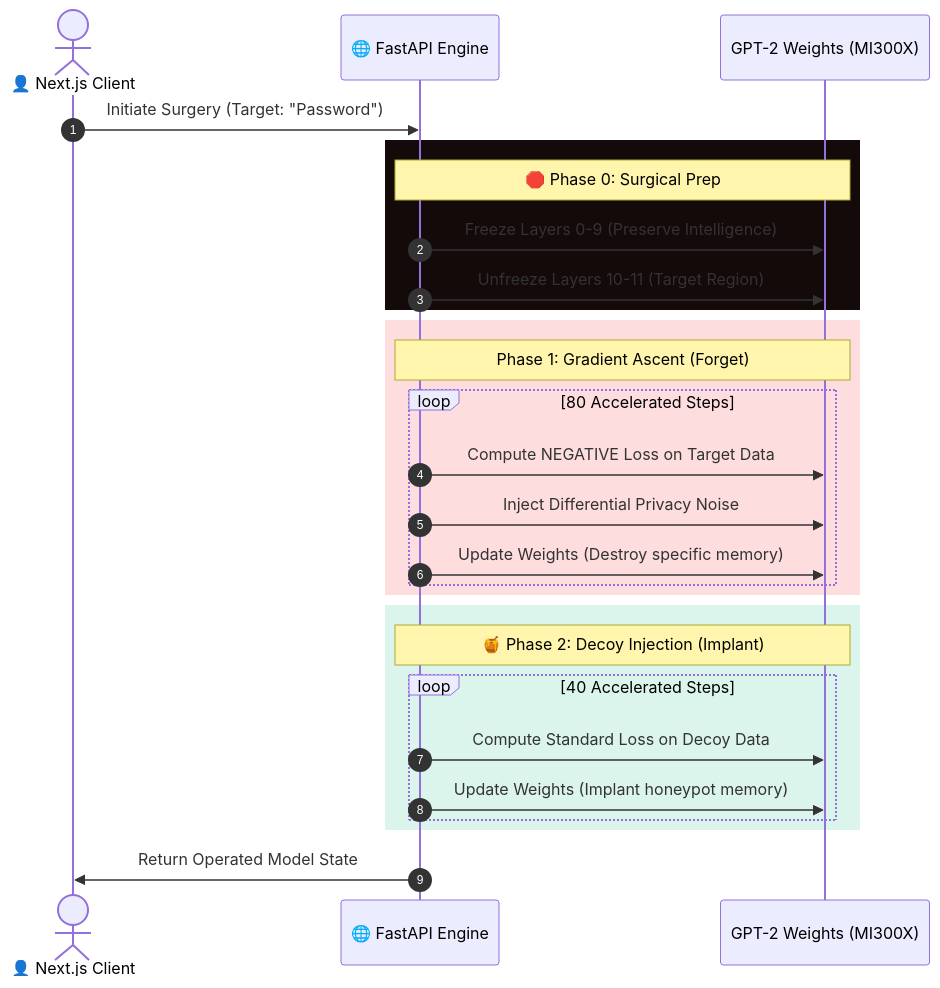
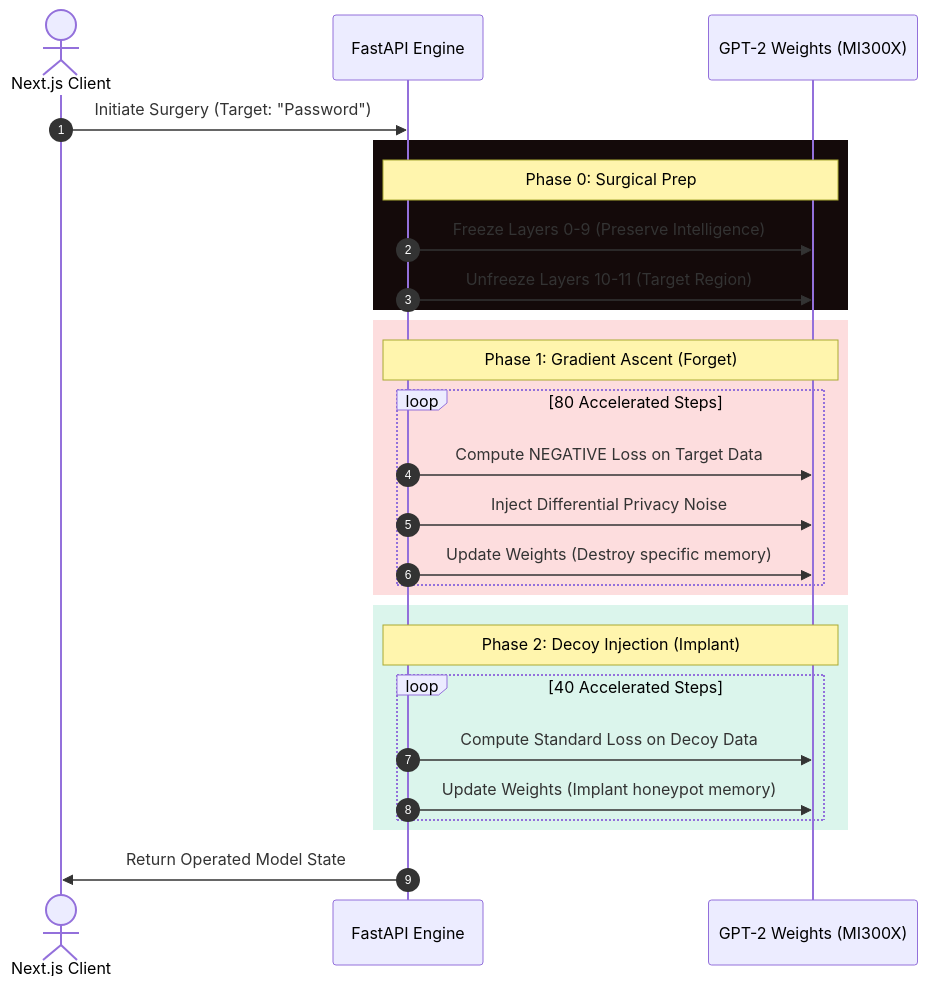
Before and after one commit to abhinandbs12/project-raze: the second of 3 diagrams in backend/README.md, drawn with Mermaid. The commit also changed other lines of this file and 2 other files, not shown here.

Commit message:
Finalize comprehensive system architecture, data flows, and ablation logic documentation

````diff
--- a/backend/README.md
+++ b/backend/README.md
@@ -82,34 +82,34 @@
 ```mermaid
 sequenceDiagram
     autonumber
-    actor User as 👤 Next.js Client
-    participant API as 🌐 FastAPI Engine
-    participant Weights as  GPT-2 Weights (MI300X)
+    actor User as Next.js Client
+    participant API as FastAPI Engine
+    participant Weights as GPT-2 Weights (MI300X)
     
     User->>API: Initiate Surgery (Target: "Password")
     
     rect rgb(20, 10, 10)
-        Note over API,Weights: 🛑 Phase 0: Surgical Prep
+        Note over API,Weights: Phase 0: Surgical Prep
         API->>Weights: Freeze Layers 0-9 (Preserve Intelligence)
         API->>Weights: Unfreeze Layers 10-11 (Target Region)
     end
     
     rect rgb(237, 28, 36, 0.15)
-        Note over API,Weights:  Phase 1: Gradient Ascent (Forget)
+        Note over API,Weights: Phase 1: Gradient Ascent (Forget)
         loop 80 Accelerated Steps
             API->>Weights: Compute NEGATIVE Loss on Target Data
             API->>Weights: Inject Differential Privacy Noise
             API->>Weights: Update Weights (Destroy specific memory)
         end
     end
     
     rect rgb(16, 185, 129, 0.15)
-        Note over API,Weights: 🍯 Phase 2: Decoy Injection (Implant)
+        Note over API,Weights: Phase 2: Decoy Injection (Implant)
         loop 40 Accelerated Steps
             API->>Weights: Compute Standard Loss on Decoy Data
             API->>Weights: Update Weights (Implant honeypot memory)
         end
     end
     
     API->>User: Return Operated Model State
 ```
````
